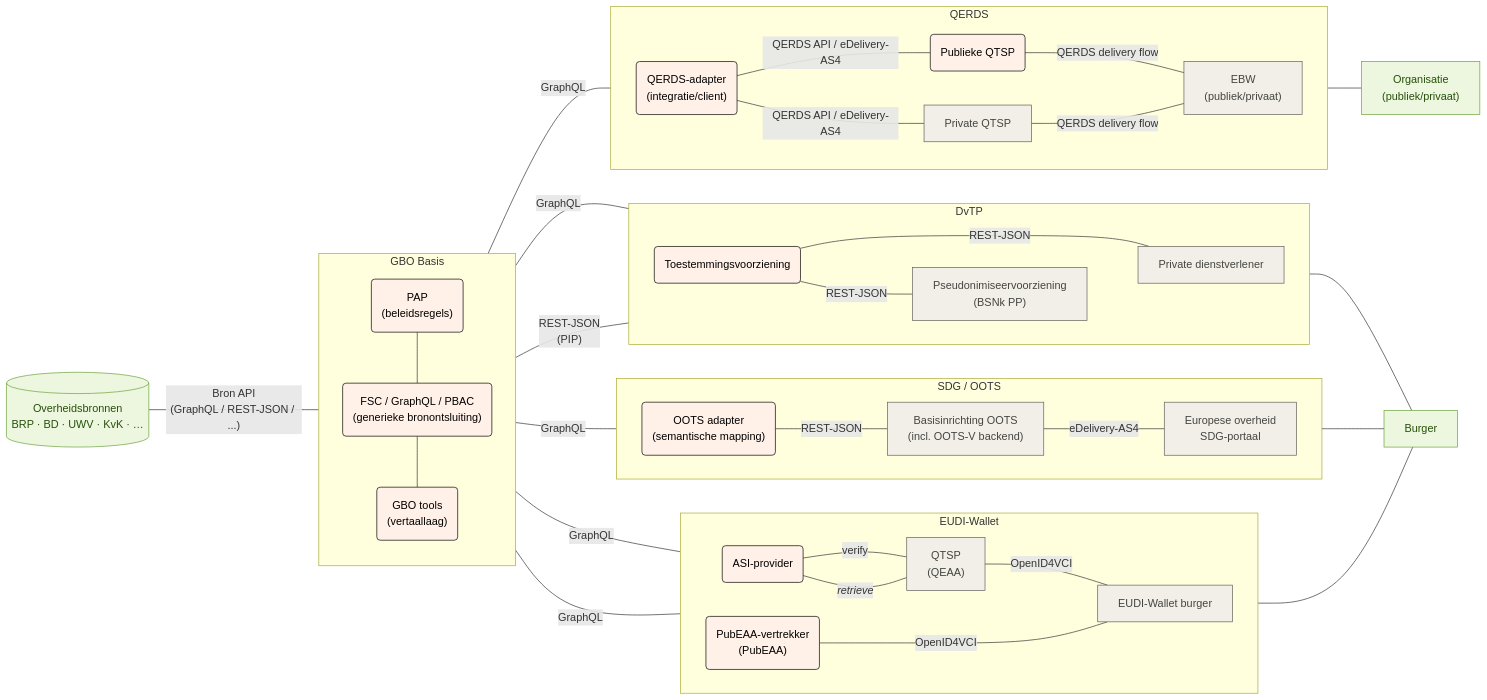
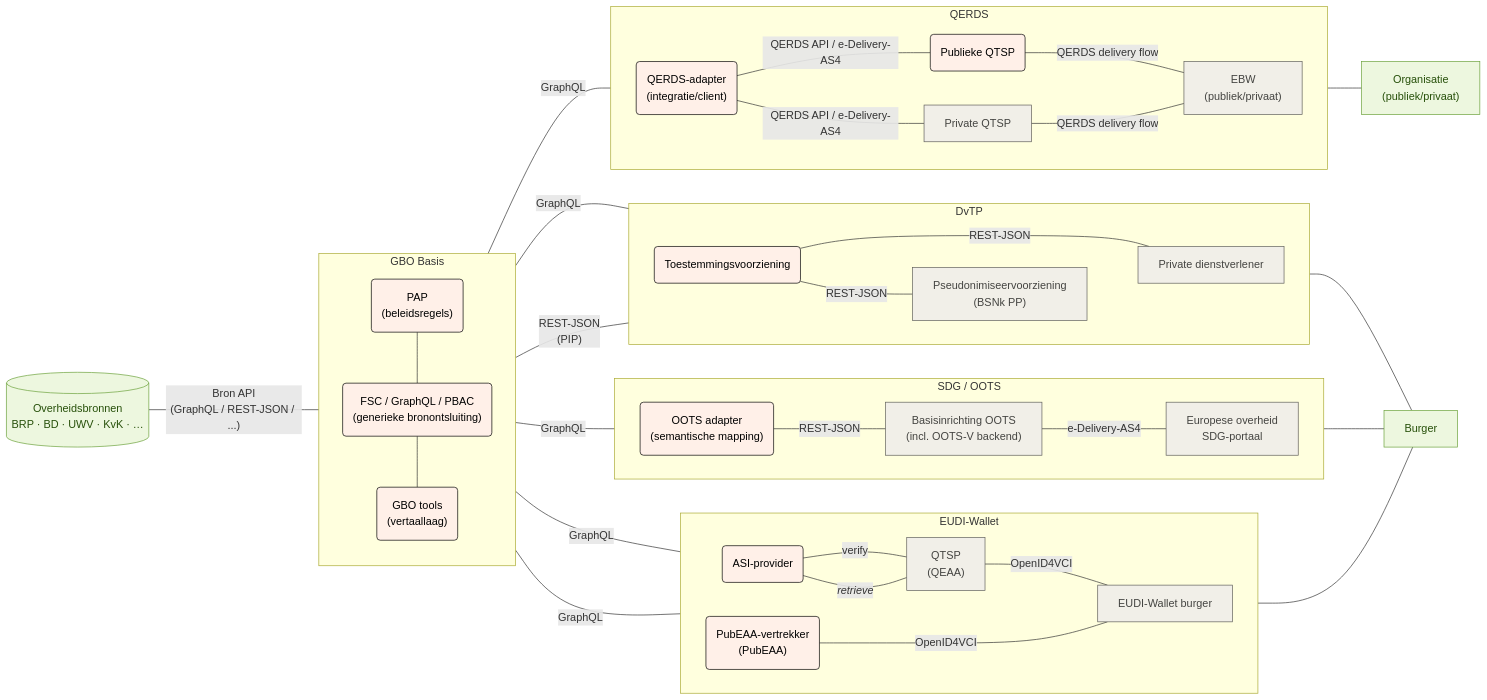
Before and after one commit to ICTU/GBO-PSA: the diagram in docs/diagrammen/gbo_swimlanes_qerds.mmd, drawn with Mermaid. The commit also changed 16 other files, not shown here.

```diff
--- a/docs/diagrammen/gbo_swimlanes_qerds.mmd
+++ b/docs/diagrammen/gbo_swimlanes_qerds.mmd
@@ -1,83 +1,83 @@
 flowchart LR
   subgraph gbo["GBO Basis"]
     direction TB
         fsc_pap("PAP<br/>(beleidsregels)")
         fsc("FSC / GraphQL / PBAC<br/>(generieke bronontsluiting)")
         fsc_tools("GBO tools<br/>(vertaallaag)")
   end
   subgraph eudi["EUDI-Wallet"]
     direction LR
         eudi_asi("ASI-provider")
         eudi_pubeaa("PubEAA-vertrekker<br/>(PubEAA)")
         eudi_qeaa["QTSP<br/>(QEAA)"]
         eudi_wallet["EUDI-Wallet burger"]
   end
   subgraph oots["SDG / OOTS"]
     direction LR
         oots_adapter("OOTS adapter<br/>(semantische mapping)")
         oots_basis["Basisinrichting OOTS<br/>(incl. OOTS-V backend)"]
         oots_afnemer["Europese overheid<br/>SDG-portaal"]
   end
   subgraph dvtp["DvTP"]
     direction LR
         dvtp_toestemming("Toestemmingsvoorziening")
         dvtp_pseudoniem["Pseudonimiseervoorziening<br/>(BSNk PP)"]
         dvtp_afnemer["Private dienstverlener"]
   end
   subgraph ebw["QERDS"]
      direction LR
         ebw_qerds_adapter("QERDS-adapter<br/>(integratie/client)")
         ebw_pub_qtsp("Publieke QTSP")
         ebw_qtsp["Private QTSP"]
         ebw_wallet["EBW<br/>(publiek/privaat)"]
   end
 
   fsc_pap --- fsc
   fsc --- fsc_tools
   bron[("Overheidsbronnen<br/>BRP · BD · UWV · KvK · …")] -- Bron API<br/>(GraphQL / REST-JSON / ...) --- gbo
   eudi_asi -- verify --- eudi_qeaa
   eudi_asi -- "`*retrieve*`" --- eudi_qeaa
   eudi_qeaa -- OpenID4VCI --- eudi_wallet
   gbo -- GraphQL --- eudi_asi & eudi_pubeaa & oots_adapter & dvtp_afnemer & ebw_qerds_adapter
   eudi_pubeaa -- OpenID4VCI ---- eudi_wallet
   oots_adapter -- REST-JSON --- oots_basis
-  oots_basis -- eDelivery-AS4 --- oots_afnemer
+  oots_basis -- e-Delivery-AS4 --- oots_afnemer
   gbo -- REST-JSON<br/>(PIP) --- dvtp_toestemming
   dvtp_toestemming -- REST-JSON --- dvtp_afnemer
   dvtp_toestemming -- REST-JSON --- dvtp_pseudoniem
   dvtp_pseudoniem ~~~ dvtp_afnemer
-  ebw_qerds_adapter -- QERDS API / eDelivery-AS4 --- ebw_pub_qtsp -- QERDS delivery flow --- ebw_wallet
-  ebw_qerds_adapter -- QERDS API / eDelivery-AS4 --- ebw_qtsp -- QERDS delivery flow --- ebw_wallet
+  ebw_qerds_adapter -- QERDS API / e-Delivery-AS4 --- ebw_pub_qtsp -- QERDS delivery flow --- ebw_wallet
+  ebw_qerds_adapter -- QERDS API / e-Delivery-AS4 --- ebw_qtsp -- QERDS delivery flow --- ebw_wallet
   ebw_wallet --- organisatie["Organisatie<br/>(publiek/privaat)"]
   eudi_wallet --- burger["Burger"]
   oots_afnemer --- burger
   dvtp_afnemer --- burger
 
   fsc_pap:::gbo
   fsc:::gbo
   fsc_tools:::gbo
   ebw_qerds_adapter:::gbo
   ebw_pub_qtsp:::gbo
   ebw_qtsp:::eudi
   ebw_wallet:::eudi
   eudi_asi:::gbo
   eudi_pubeaa:::gbo
   eudi_qeaa:::eudi
   eudi_wallet:::eudi
   oots_adapter:::gbo
   oots_basis:::oots
   oots_afnemer:::oots
   dvtp_toestemming:::gbo
   dvtp_pseudoniem:::dvtp
   dvtp_afnemer:::dvtp
   bron:::bron
   burger:::burger
   organisatie:::burger
 
   classDef bron fill:#edf7df,stroke:#6aa13a,color:#27500a
   classDef generiek fill:#f1efe8,stroke:#5f5e5a,color:#444441
   classDef eudi fill:#f1efe8,stroke:#5f5e5a,color:#444441
   classDef oots fill:#f1efe8,stroke:#5f5e5a,color:#444441
   classDef dvtp fill:#f1efe8,stroke:#5f5e5a,color:#444441
   classDef gbo fill:#fff0e8,stroke:#000000,color:#000000
   classDef burger fill:#edf7df,stroke:#6aa13a,color:#27500a
```
